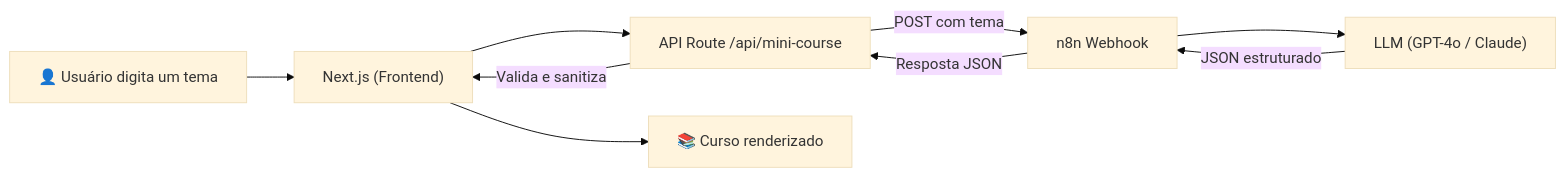
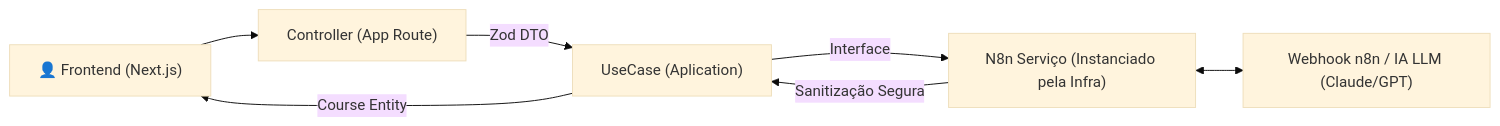
Before and after one commit to maiconbre/tinyLesson: the diagram in README.md, drawn with Mermaid (base theme). The commit also changed other lines of this file, not shown here.

````diff
--- a/README.md
+++ b/README.md
@@ -37,11 +53,9 @@
 ```mermaid
 flowchart LR
-    A["👤 Usuário digita um tema"] --> B["Next.js (Frontend)"]
-    B --> C["API Route /api/mini-course"]
-    C -->|POST com tema| D["n8n Webhook"]
-    D --> E["LLM (GPT-4o / Claude)"]
-    E -->|JSON estruturado| D
-    D -->|Resposta JSON| C
-    C -->|Valida e sanitiza| B
-    B --> F["📚 Curso renderizado"]
+    A["👤 Frontend (Next.js)"] --> B["Controller (App Route)"]
+    B -->|Zod DTO| C["UseCase (Aplication)"]
+    C -->|Interface| D["N8n Serviço (Instanciado pela Infra)"]
+    D <--> E["Webhook n8n / IA LLM (Claude/GPT)"]
+    D -->|Sanitização Segura| C
+    C -->|Course Entity| A
 ```
````
